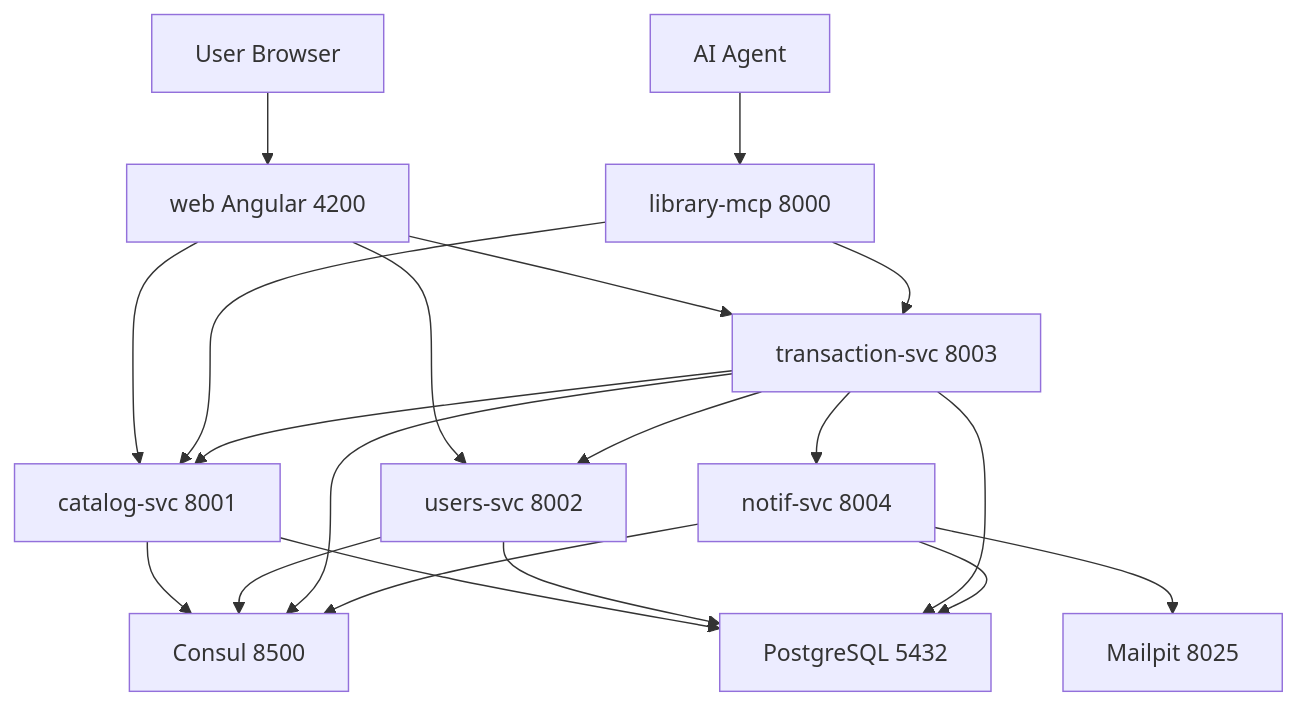
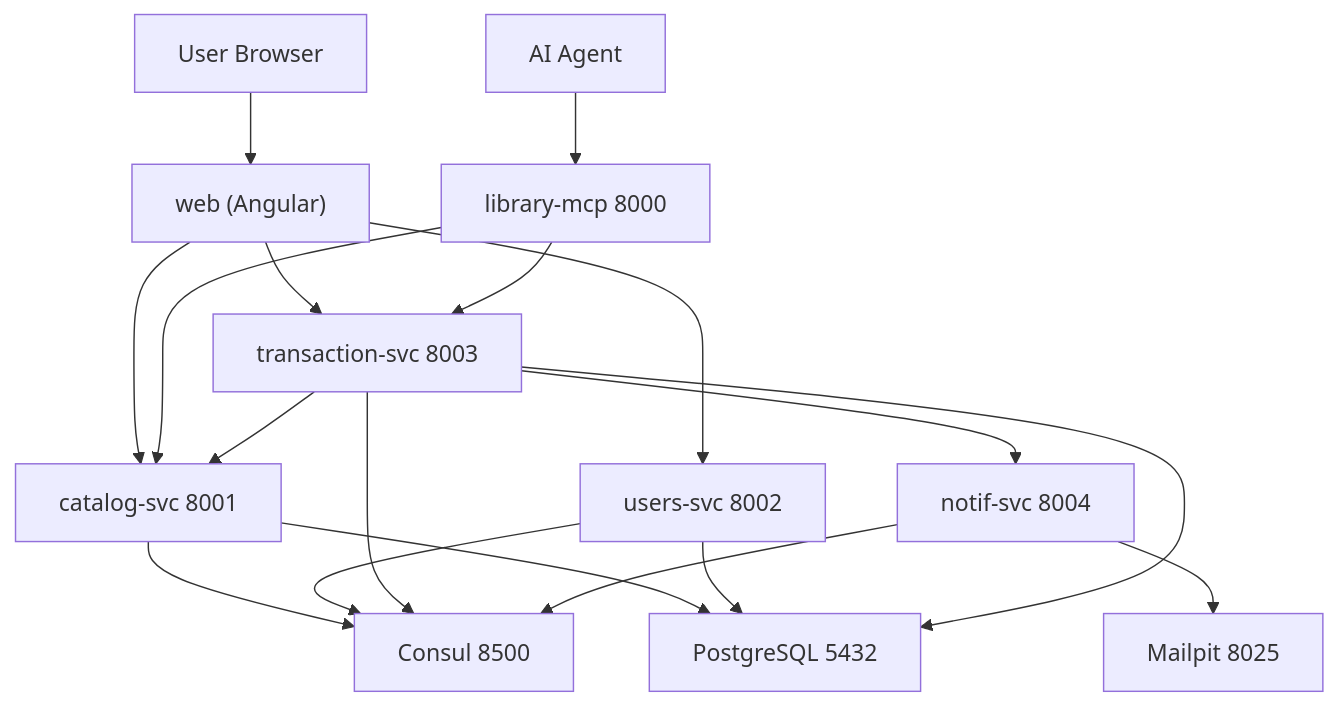
Before and after one commit to MasterJD/Librio: the diagram in ARCHITECTURE.md, drawn with Mermaid. The commit also changed other lines of this file and 193 other files, not shown here.

````diff
--- a/ARCHITECTURE.md
+++ b/ARCHITECTURE.md
@@ -5,42 +5,40 @@
 ```mermaid
 flowchart TB
     User["User Browser"]
     AI["AI Agent"]
 
-    Web["web Angular 4200"]
+    Web["web (Angular)"]
     Mcp["library-mcp 8000"]
 
     Catalog["catalog-svc 8001"]
     Users["users-svc 8002"]
     Transaction["transaction-svc 8003"]
     Notif["notif-svc 8004"]
 
     Consul["Consul 8500"]
     Postgres["PostgreSQL 5432"]
     Mailpit["Mailpit 8025"]
 
     User --> Web
     AI --> Mcp
 
     Web --> Catalog
     Web --> Users
     Web --> Transaction
 
     Mcp --> Catalog
     Mcp --> Transaction
 
-    Transaction --> Users
     Transaction --> Catalog
     Transaction --> Notif
 
     Catalog --> Consul
     Users --> Consul
     Transaction --> Consul
     Notif --> Consul
 
     Catalog --> Postgres
     Users --> Postgres
     Transaction --> Postgres
-    Notif --> Postgres
     Notif --> Mailpit
 ```
````
